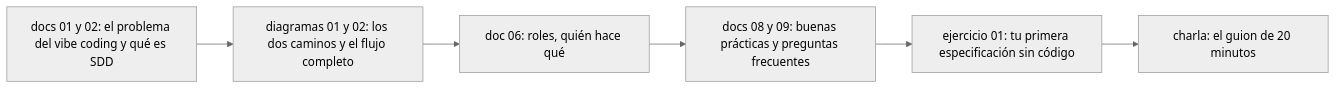
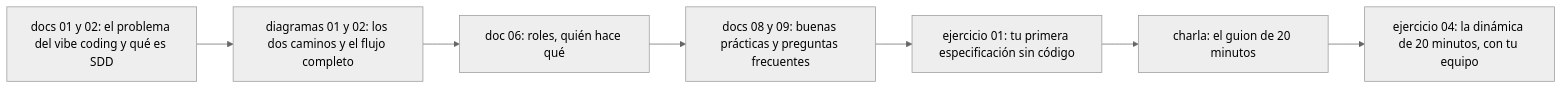
The second of 6 diagrams in diagramas/06-mapa-del-repositorio.md (antroc/charla-sdd), drawn with Mermaid (neutral theme) before and after one commit. The commit also changed other lines of this file and 21 other files, not shown here.

````diff
--- a/diagramas/06-mapa-del-repositorio.md
+++ b/diagramas/06-mapa-del-repositorio.md
@@ -79,8 +79,9 @@
 ```mermaid
 flowchart LR
   a["docs 01 y 02: el problema del vibe coding y qué es SDD"] --> b["diagramas 01 y 02: los dos caminos y el flujo completo"]
   b --> c["doc 06: roles, quién hace qué"]
   c --> d["docs 08 y 09: buenas prácticas y preguntas frecuentes"]
   d --> e["ejercicio 01: tu primera especificación sin código"]
   e --> f["charla: el guion de 20 minutos"]
+  f --> g["ejercicio 04: la dinámica de 20 minutos, con tu equipo"]
 ```
````
